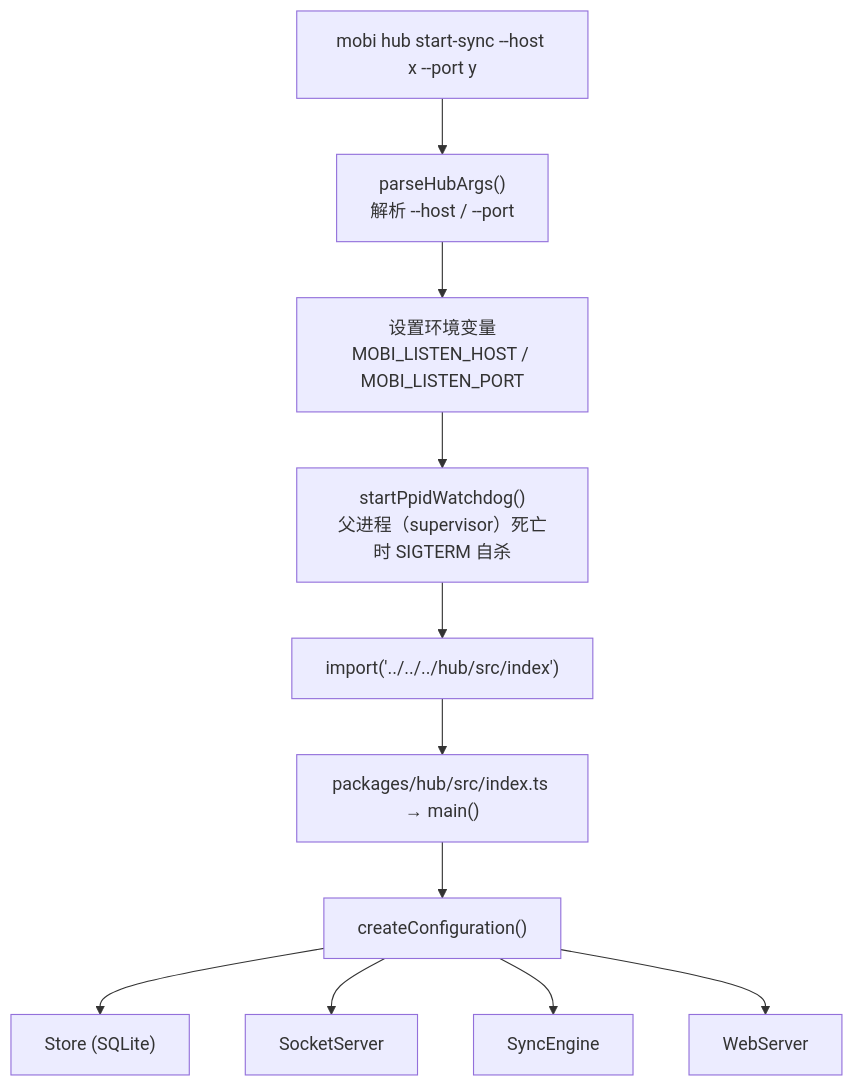
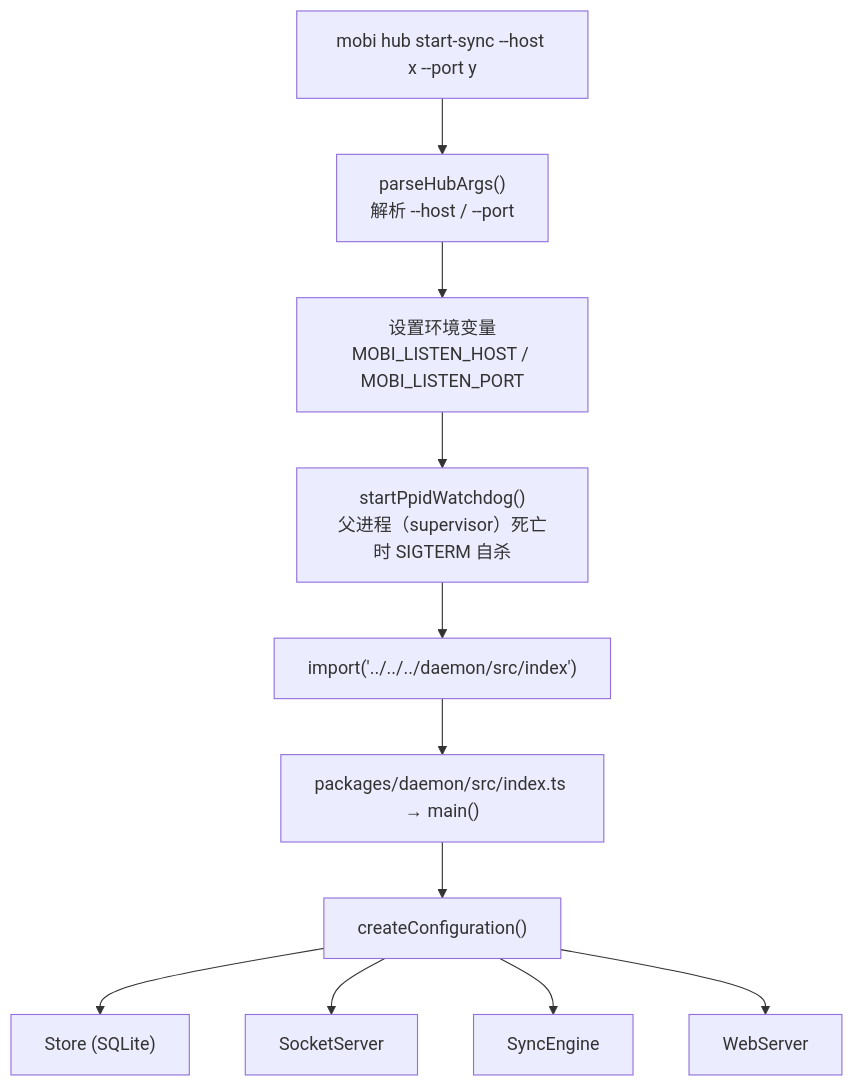
The first of 3 diagrams in docs/architecture/cli/commands/hub/README.md (ModuBit/mobi), drawn with Mermaid before and after one commit. The commit also changed other lines of this file and 87 other files, not shown here.

````diff
--- a/docs/architecture/cli/commands/hub/README.md
+++ b/docs/architecture/cli/commands/hub/README.md
@@ -9,13 +9,13 @@
 ```mermaid
 flowchart TB
     Start["mobi hub start-sync --host x --port y"] --> Parse["parseHubArgs()<br/>解析 --host / --port"]
     Parse --> Env["设置环境变量<br/>MOBI_LISTEN_HOST / MOBI_LISTEN_PORT"]
     Env --> Watchdog["startPpidWatchdog()<br/>父进程（supervisor）死亡时 SIGTERM 自杀"]
-    Watchdog --> Import["import('../../../hub/src/index')"]
-    Import --> HubMain["packages/hub/src/index.ts → main()"]
+    Watchdog --> Import["import('../../../daemon/src/index')"]
+    Import --> HubMain["packages/daemon/src/index.ts → main()"]
     HubMain --> Config["createConfiguration()"]
     Config --> Store["Store (SQLite)"]
     Config --> SocketServer["SocketServer"]
     Config --> SyncEngine["SyncEngine"]
     Config --> WebServer["WebServer"]
 ```
````
